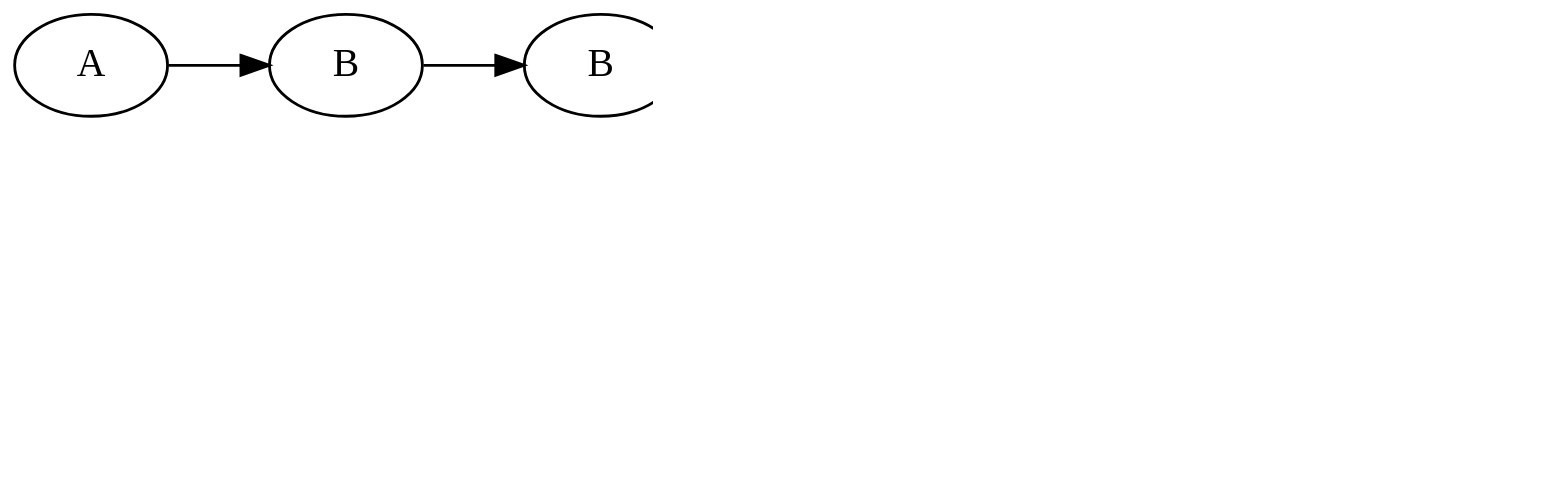
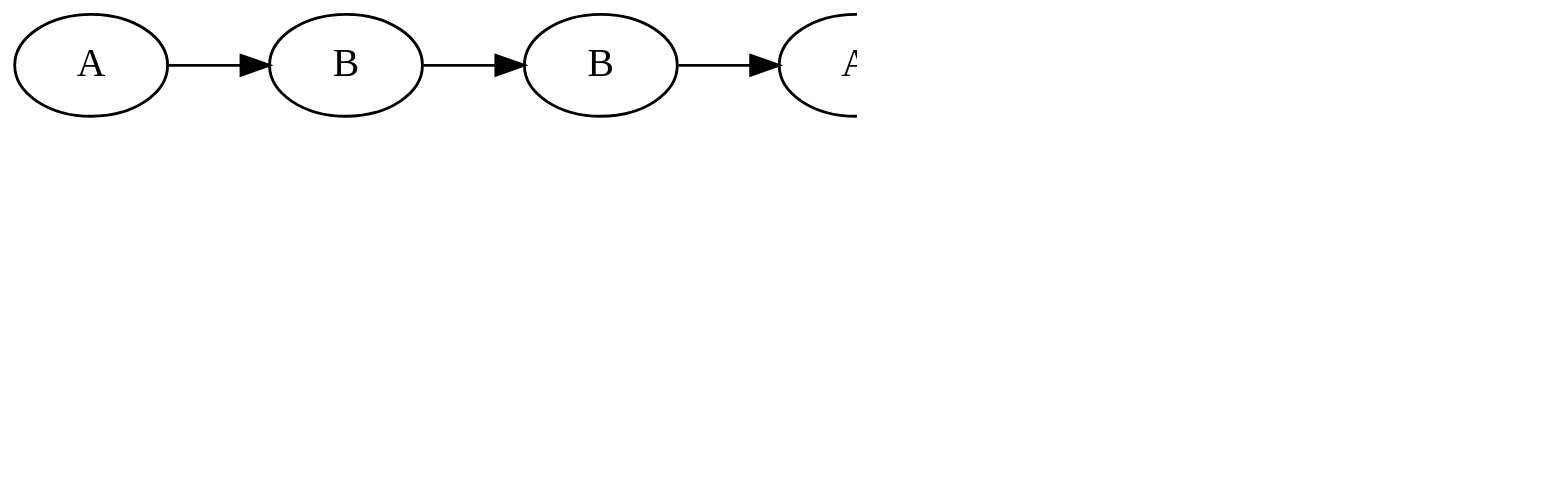
One commit to inponomarev/kstreams-testing-pitfalls changed diagram 20 of 26 in slides/src/main/asciidoc/lecture.adoc. Above: the diagram before and after it, drawn with Graphviz. The commit also changed other lines of this file, not shown here.

```diff
--- a/slides/src/main/asciidoc/lecture.adoc
+++ b/slides/src/main/asciidoc/lecture.adoc
@@ -873,32 +921,38 @@
 [graphviz,"transformer1.png"]
 ----
 digraph G {
 graph [ dpi = 180 ];
 rankdir="LR";
 
 A1[label="A"];
 B1[label="B"];
 A2[label="A"];
 B2[label="B"];
 
 A1 -> B1 -> B2 -> A2 -> Transformer ;
 
 Transformer[shape=box,label="ValueTransformerWithKey"];
 
 Transformer -> Cache;
 
 Cache[shape=box,label=<<table cellspacing="5" cellborder="0"  border="0">
         <tr><td colspan="2">Cache</td></tr>
         <tr><td></td><vr/><td></td></tr>
         <tr><td></td><vr/><td></td></tr>
         </table>>]
 Store[shape=cylinder,label=<<table cellspacing="5" cellborder="0"  border="0">
         <tr><td colspan="2">Local Store</td></tr>
         <tr><td> </td><td> </td></tr>
         </table>>];
         
 Cache -> Store;
 
 {rank = same; Transformer; Store; Cache; }
+
+#Padding with invisible elements
+Transformer -> P1 -> P2[style="invis"];
+P1[label="A", style="invis"];
+P2[label="A", style="invis"];
+
 }
 ----
```
